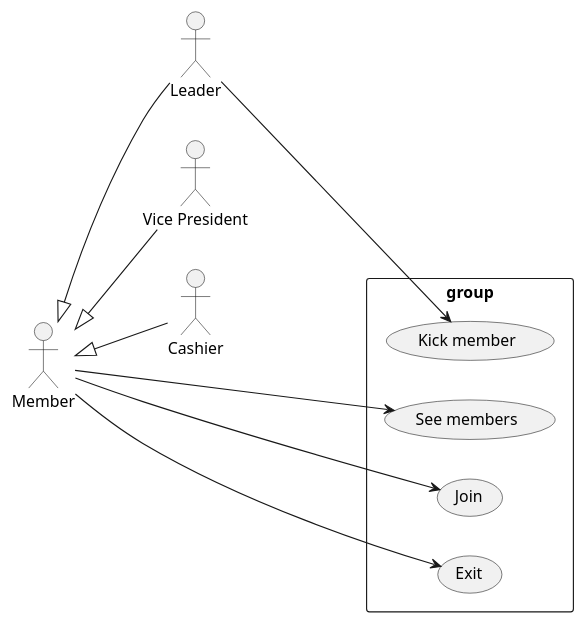
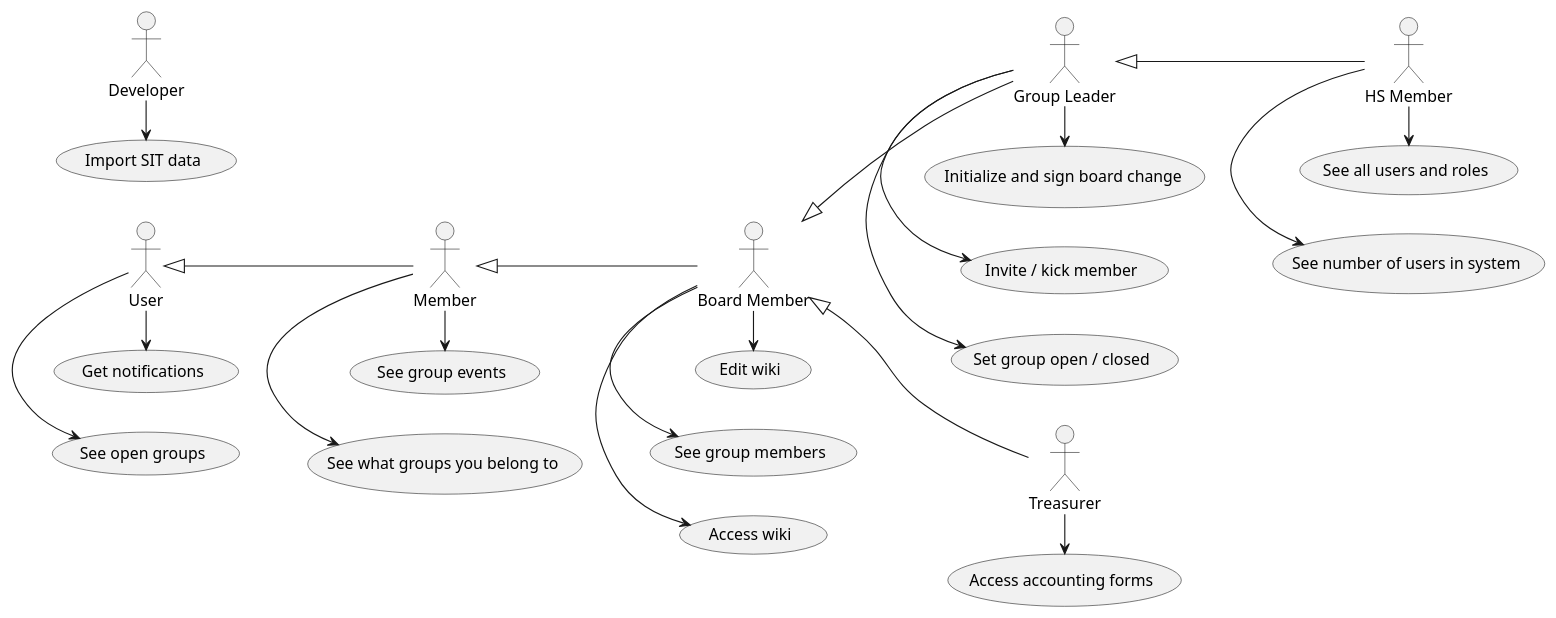
Before and after one commit to NTNUI/events-bachelor-v18: the diagram in diagrams/usecase-group.puml, drawn with PlantUML.

Commit message:
add usecase diagram from discussion

```diff
--- a/diagrams/usecase-group.puml
+++ b/diagrams/usecase-group.puml
@@ -1,30 +1,43 @@
 @startuml
+
 left to right direction
-:Leader: as Leader
-:Vice President: as VP
-:Cashier: as Cashier
+:HS Member: as HS
+:Group Leader: as Leader
+:Treasurer: as Treasurer
+:Board Member: as BoardMember
 :Member: as Member
+:User: as User
+:Developer: as Developer
 
-Member <|-- Leader
-Member <|-- VP
-Member <|-- Cashier
+Leader <|-- HS
+BoardMember <|-- Leader
+BoardMember <|-- Treasurer
+Member <|-- BoardMember
+User <|-- Member
+
+    HS -> (See number of users in system)
+    HS -> (See all users and roles)
+
+    Leader -> (Set group open / closed)
+    Leader -> (Invite / kick member)
+    Leader -> (Initialize and sign board change)
+
+    Treasurer -> (Access accounting forms)
+
+    BoardMember -> (Access wiki)
+    BoardMember -> (See group members)
+    BoardMember -> (Edit wiki)
+
+    Member -> (See what groups you belong to)
+    Member -> (See group events)
 
 
-rectangle group {
+    User -> (See open groups)
+    User -> (Get notifications)
 
-    (See members) as (SeeMembers)
-    (Join) as (JoinGroup)
-    (Exit) as (ExitGroup)
-    (Kick member) as (Kick)
+    Developer -> (Import SIT data)
 
 
-    Member ---> (SeeMembers)
-    Member ---> (ExitGroup)
-    Member ---> (JoinGroup)
-
-    Leader ---> (Kick)
 
 
-}
-
 @enduml
```
